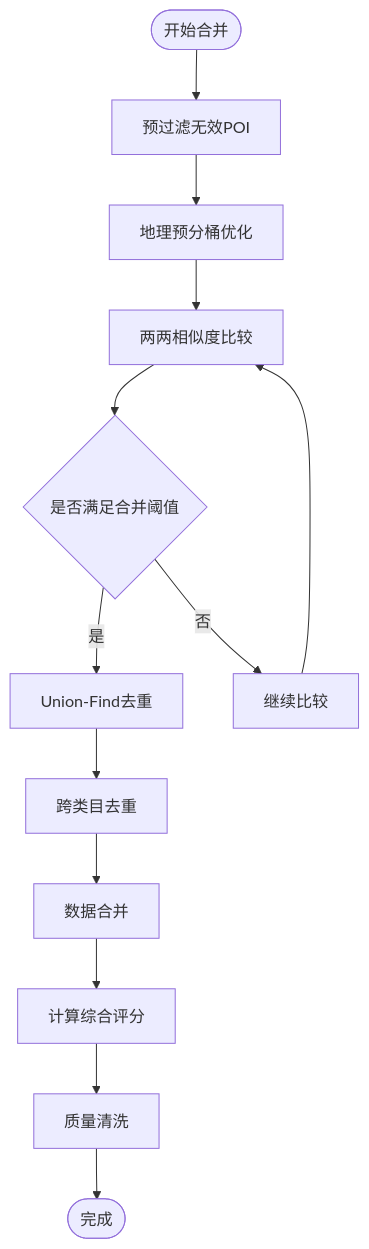
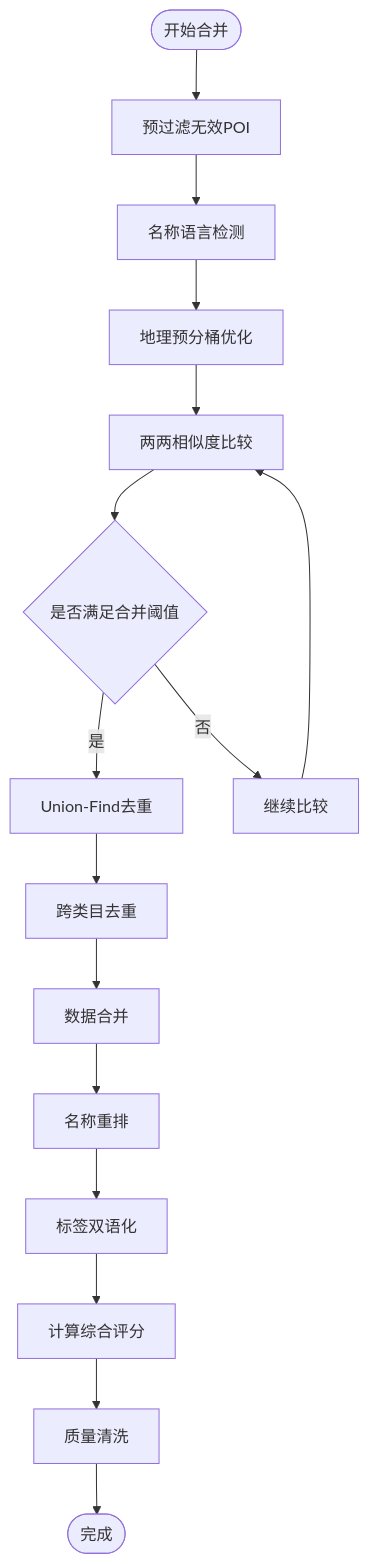
One commit to ititjjy/AITrip-plan changed the sixth of 13 diagrams in .qoder/repowiki/zh/content/AI数据采集系统/AI数据采集系统.md. Above: the diagram before and after it, drawn with Mermaid. The commit also changed other lines of this file and 17 other files, not shown here.

````diff
--- a/.qoder/repowiki/zh/content/AI数据采集系统/AI数据采集系统.md
+++ b/.qoder/repowiki/zh/content/AI数据采集系统/AI数据采集系统.md
@@ -326,15 +399,18 @@
 ```mermaid
 flowchart TD
 Start([开始合并]) --> Filter[预过滤无效POI]
-Filter --> Bucket[地理预分桶优化]
+Filter --> NameDetection[名称语言检测]
+NameDetection --> Bucket[地理预分桶优化]
 Bucket --> Compare[两两相似度比较]
 Compare --> Threshold{是否满足合并阈值}
 Threshold --> |是| Union[Union-Find去重]
 Threshold --> |否| Next[继续比较]
 Union --> CrossCategory[跨类目去重]
 CrossCategory --> Merge[数据合并]
-Merge --> Score[计算综合评分]
+Merge --> NameReorder[名称重排]
+NameReorder --> TagBilingualize[标签双语化]
+TagBilingualize --> Score[计算综合评分]
 Score --> Clean[质量清洗]
 Clean --> End([完成])
 Next --> Compare
 ```
````
